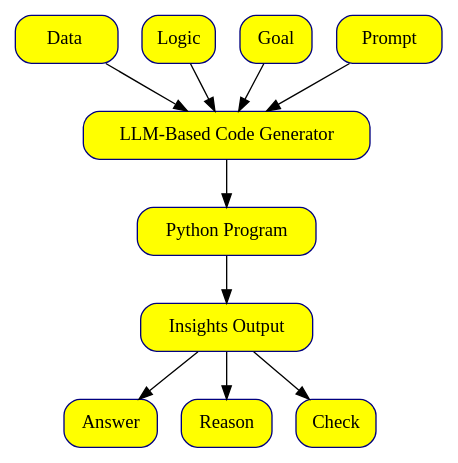
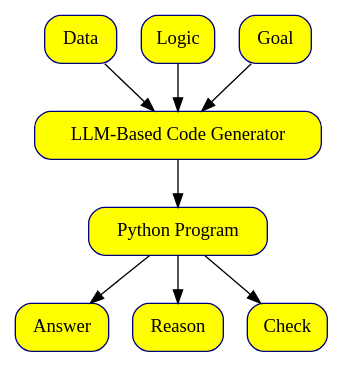
Before and after one commit to eyereasoner/eye: the diagram in teaching/images/EYE-teaching.dot, drawn with Graphviz. The commit also changed 2 other files, not shown here.

```diff
--- a/teaching/images/EYE-teaching.dot
+++ b/teaching/images/EYE-teaching.dot
@@ -1,22 +1,18 @@
 digraph {
 	bgcolor=white fontname=Helvetica rankdir=TB
-	Data [label="   Data   " color=navy fillcolor=yellow shape=box style="rounded,filled"]
+	Data [label=Data color=navy fillcolor=yellow shape=box style="rounded,filled"]
 	Logic [label=Logic color=navy fillcolor=yellow shape=box style="rounded,filled"]
 	Goal [label=Goal color=navy fillcolor=yellow shape=box style="rounded,filled"]
-	Prompt [label=" Prompt " color=navy fillcolor=yellow shape=box style="rounded,filled"]
 	LLM [label="LLM-Based Code Generator" color=navy fillcolor=yellow shape=box style="rounded,filled"]
 	Python [label="Python Program" color=navy fillcolor=yellow shape=box style="rounded,filled"]
-	Insights [label="Insights Output" color=navy fillcolor=yellow shape=box style="rounded,filled"]
 	Answer [label=Answer color=navy fillcolor=yellow shape=box style="rounded,filled"]
-	Insights -> Answer
+	Python -> Answer
 	Reason [label=Reason color=navy fillcolor=yellow shape=box style="rounded,filled"]
-	Insights -> Reason
+	Python -> Reason
 	Check [label=Check color=navy fillcolor=yellow shape=box style="rounded,filled"]
-	Insights -> Check
+	Python -> Check
 	Data -> LLM
 	Logic -> LLM
 	Goal -> LLM
-	Prompt -> LLM
 	LLM -> Python
-	Python -> Insights
 }
```
